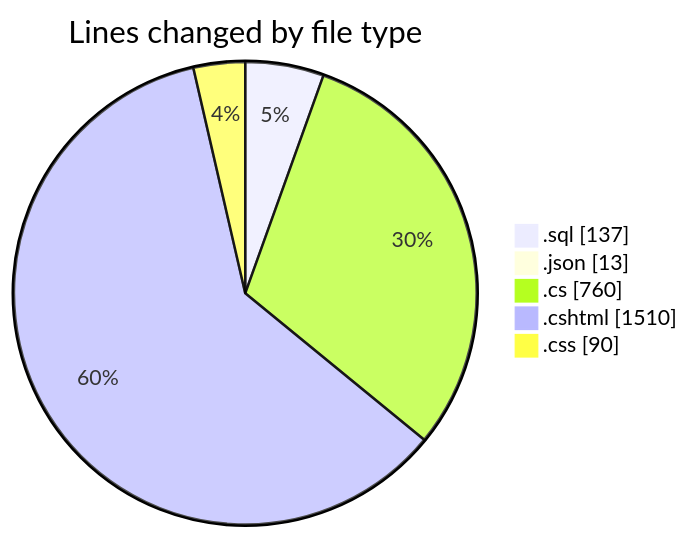
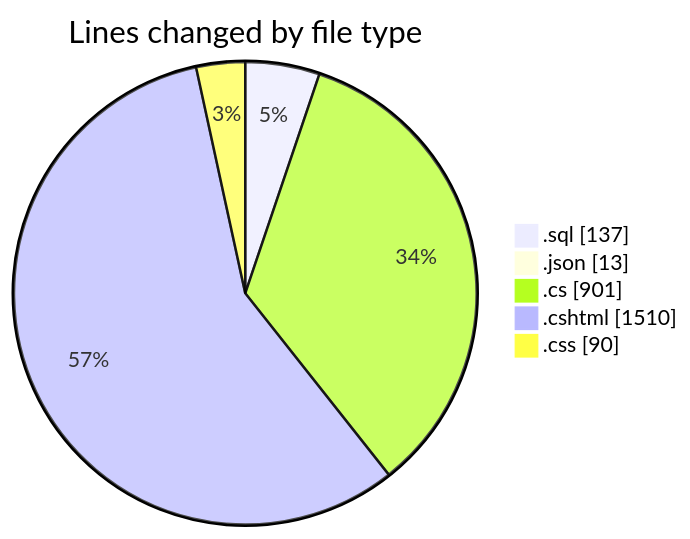
The first of 2 diagrams in 2025-07-14/nhahang/README.md (lephambinh05/code-tracking), drawn with Mermaid before and after one commit. The commit also changed other lines of this file and 1 other file, not shown here.

````diff
--- a/2025-07-14/nhahang/README.md
+++ b/2025-07-14/nhahang/README.md
@@ -66,9 +69,9 @@
 ```mermaid
 pie showData
 title Lines changed by file type
 ".sql" : 137
 ".json" : 13
-".cs" : 760
+".cs" : 901
 ".cshtml" : 1510
 ".css" : 90
 ```
````
